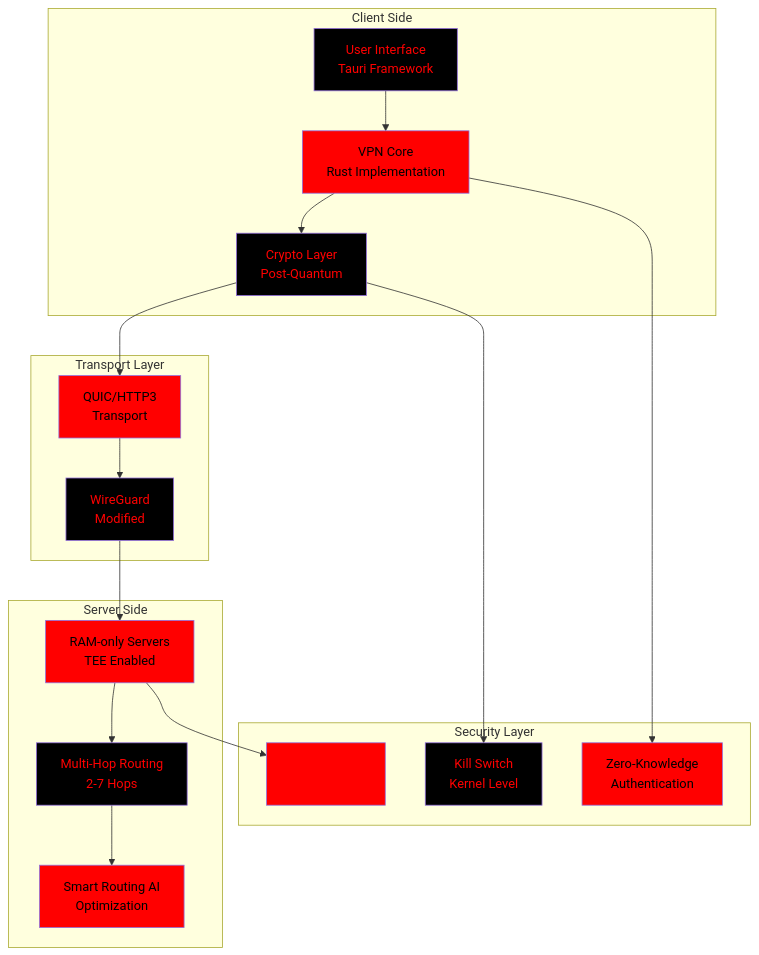
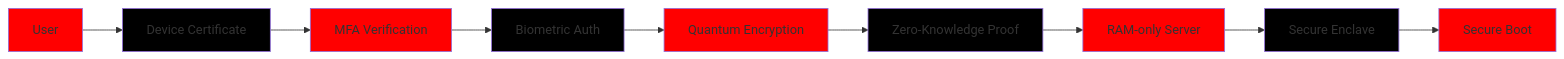
One commit to vantisCorp/VantisVPN changed the second of 3 diagrams in README.md. Above: the diagram before and after it, drawn with Mermaid. The commit also changed other lines of this file and 35 other files, not shown here.

````diff
--- a/README.md
+++ b/README.md
@@ -494,36 +340,21 @@
 ```mermaid
-graph TB
-    subgraph "Client Side"
-        A[User Interface<br/>Tauri Framework] --> B[VPN Core<br/>Rust Implementation]
-        B --> C[Crypto Layer<br/>Post-Quantum]
-    end
+graph LR
+    A[User] --> B[Device Certificate]
+    B --> C[MFA Verification]
+    C --> D[Biometric Auth]
+    D --> E[Quantum Encryption]
+    E --> F[Zero-Knowledge Proof]
+    F --> G[RAM-only Server]
+    G --> H[Secure Enclave]
+    H --> I[Secure Boot]
     
-    subgraph "Transport Layer"
-        C --> D[QUIC/HTTP3<br/>Transport]
-        D --> E[WireGuard<br/>Modified]
-    end
-    
-    subgraph "Server Side"
-        E --> F[RAM-only Servers<br/>TEE Enabled]
-        F --> G[Multi-Hop Routing<br/>2-7 Hops]
-        G --> H[Smart Routing AI<br/>Optimization]
-    end
-    
-    subgraph "Security Layer"
-        C --> I[Kill Switch<br/>Kernel Level]
-        B --> J[Zero-Knowledge<br/>Authentication]
-        F --> K[Secure Boot<br/>CIS Controls]
-    end
-    
-    style A fill:#000000,color:#ff0000
-    style B fill:#ff0000,color:#000000
-    style C fill:#000000,color:#ff0000
-    style D fill:#ff0000,color:#000000
-    style E fill:#000000,color:#ff0000
-    style F fill:#ff0000,color:#000000
-    style G fill:#000000,color:#ff0000
-    style H fill:#ff0000,color:#000000
-    style I fill:#000000,color:#ff0000
-    style J fill:#ff0000,color:#000000
-    style K fill:#ff0000,color:#ff0000
+    style A fill:#ff0000
+    style B fill:#000000
+    style C fill:#ff0000
+    style D fill:#000000
+    style E fill:#ff0000
+    style F fill:#000000
+    style G fill:#ff0000
+    style H fill:#000000
+    style I fill:#ff0000
 ```
````
